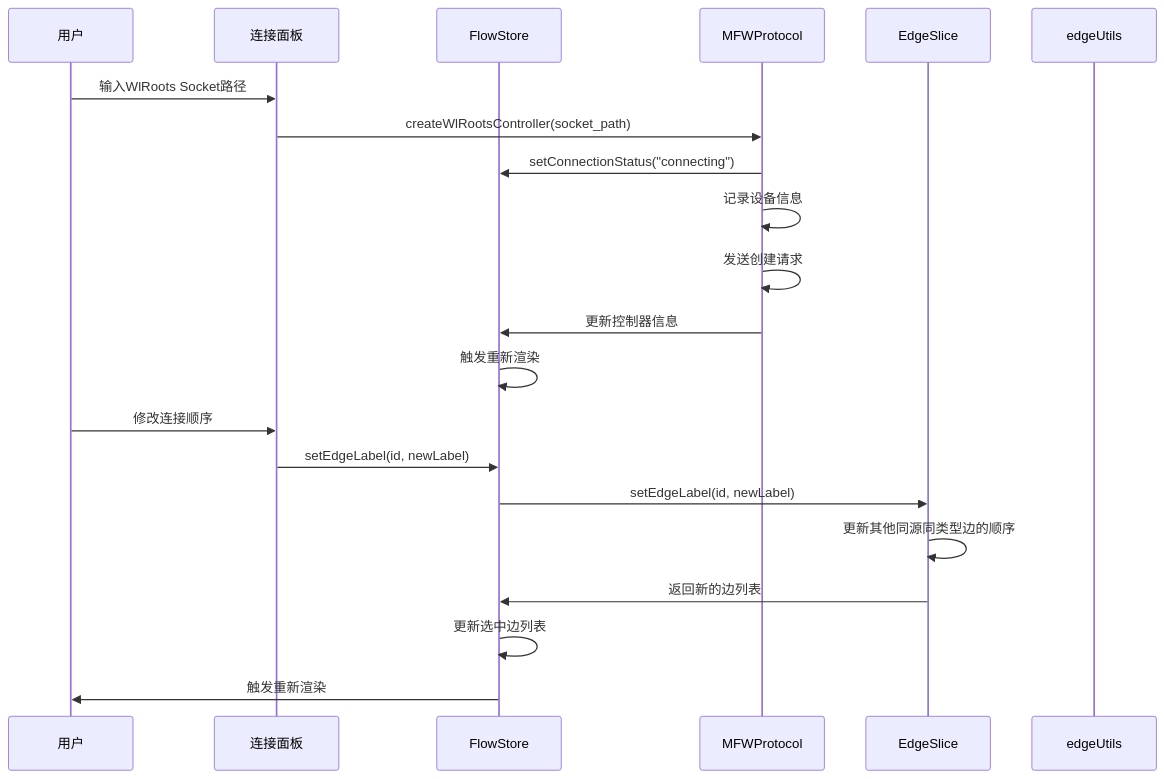
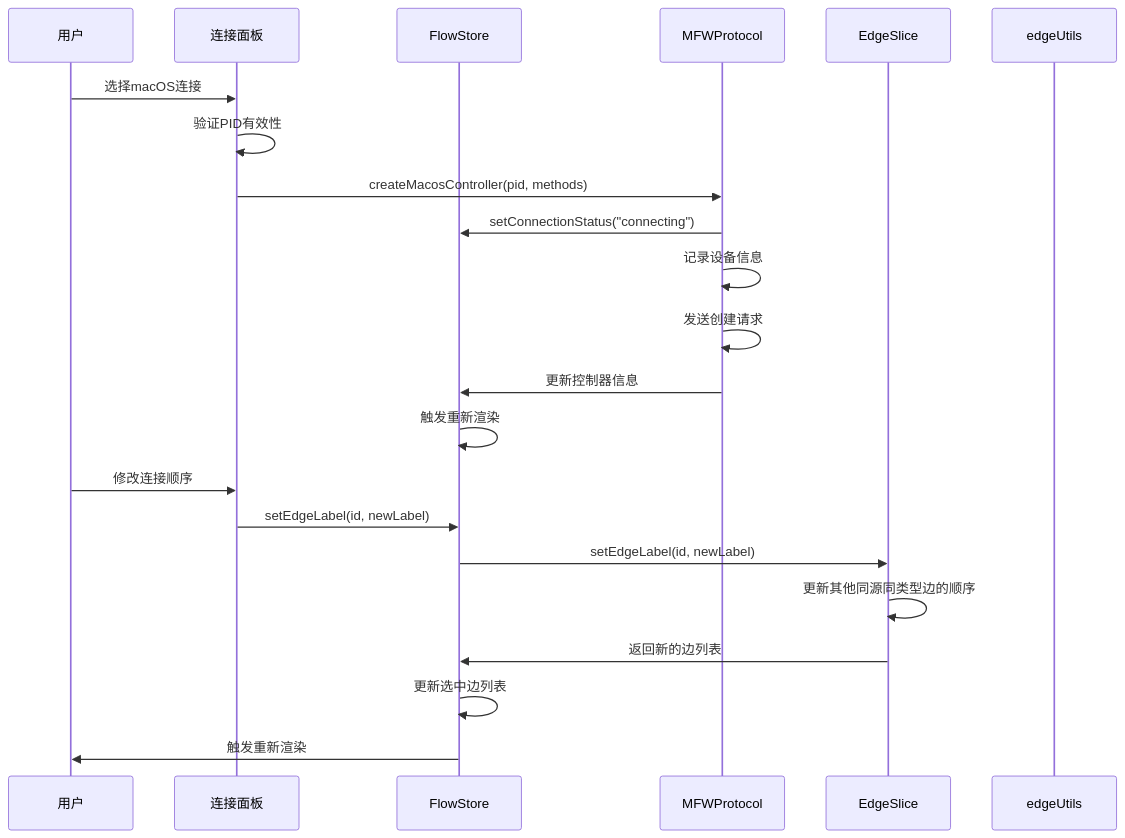
Before and after one commit to kqcoxn/MaaPipelineEditor: the seventh of 10 diagrams in .qoder/repowiki/zh/content/用户界面/面板系统/连接面板.md, drawn with Mermaid. The commit also changed other lines of this file and 6 other files, not shown here.

````diff
--- a/.qoder/repowiki/zh/content/用户界面/面板系统/连接面板.md
+++ b/.qoder/repowiki/zh/content/用户界面/面板系统/连接面板.md
@@ -372,23 +434,24 @@
 ```mermaid
 sequenceDiagram
 participant User as 用户
 participant Panel as 连接面板
 participant Store as FlowStore
 participant Protocol as MFWProtocol
 participant Slice as EdgeSlice
 participant Utils as edgeUtils
-User->>Panel : 输入WlRoots Socket路径
-Panel->>Protocol : createWlRootsController(socket_path)
+User->>Panel : 选择macOS连接
+Panel->>Panel : 验证PID有效性
+Panel->>Protocol : createMacosController(pid, methods)
 Protocol->>Store : setConnectionStatus("connecting")
 Protocol->>Protocol : 记录设备信息
 Protocol->>Protocol : 发送创建请求
 Protocol->>Store : 更新控制器信息
 Store->>Store : 触发重新渲染
 User->>Panel : 修改连接顺序
 Panel->>Store : setEdgeLabel(id, newLabel)
 Store->>Slice : setEdgeLabel(id, newLabel)
 Slice->>Slice : 更新其他同源同类型边的顺序
 Slice->>Store : 返回新的边列表
 Store->>Store : 更新选中边列表
 Store->>User : 触发重新渲染
 ```
````
